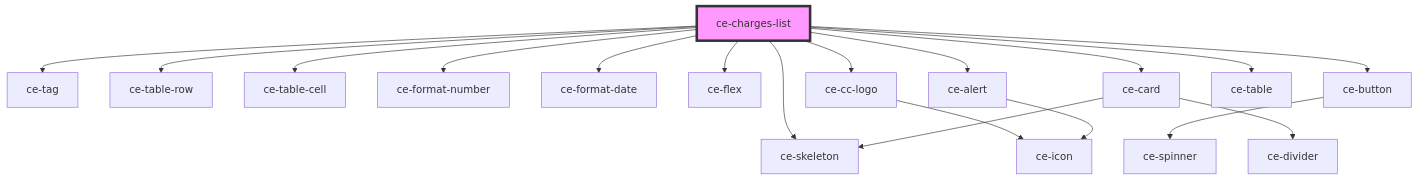
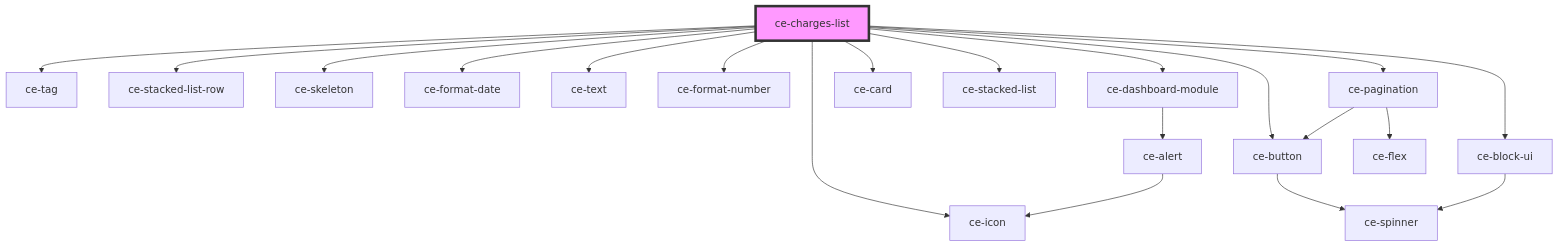
Before and after one commit to surecart/surecart-wp-plugin: the diagram in packages/components/src/components/controllers/dashboard/charges-list/readme.md, drawn with Mermaid. The commit also changed other lines of this file and 118 other files, not shown here.

````diff
--- a/packages/components/src/components/controllers/dashboard/charges-list/readme.md
+++ b/packages/components/src/components/controllers/dashboard/charges-list/readme.md
@@ -33,21 +37,23 @@
 ```mermaid
 graph TD;
   ce-charges-list --> ce-tag
-  ce-charges-list --> ce-table-row
-  ce-charges-list --> ce-table-cell
+  ce-charges-list --> ce-stacked-list-row
   ce-charges-list --> ce-skeleton
+  ce-charges-list --> ce-format-date
+  ce-charges-list --> ce-text
   ce-charges-list --> ce-format-number
-  ce-charges-list --> ce-format-date
-  ce-charges-list --> ce-flex
-  ce-charges-list --> ce-cc-logo
+  ce-charges-list --> ce-dashboard-module
   ce-charges-list --> ce-button
-  ce-charges-list --> ce-alert
+  ce-charges-list --> ce-icon
   ce-charges-list --> ce-card
-  ce-charges-list --> ce-table
-  ce-cc-logo --> ce-icon
+  ce-charges-list --> ce-stacked-list
+  ce-charges-list --> ce-pagination
+  ce-charges-list --> ce-block-ui
+  ce-dashboard-module --> ce-alert
+  ce-alert --> ce-icon
   ce-button --> ce-spinner
-  ce-alert --> ce-icon
-  ce-card --> ce-skeleton
-  ce-card --> ce-divider
+  ce-pagination --> ce-flex
+  ce-pagination --> ce-button
+  ce-block-ui --> ce-spinner
   style ce-charges-list fill:#f9f,stroke:#333,stroke-width:4px
 ```
````
